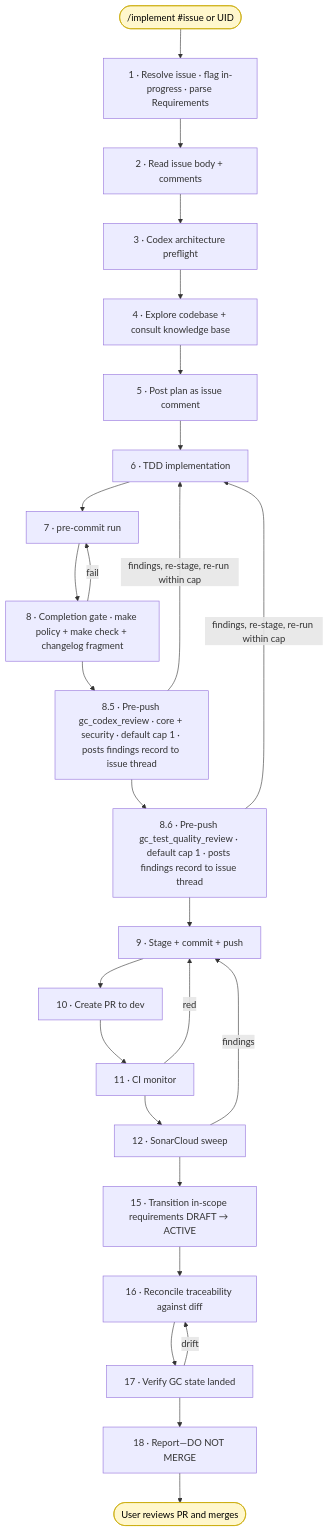
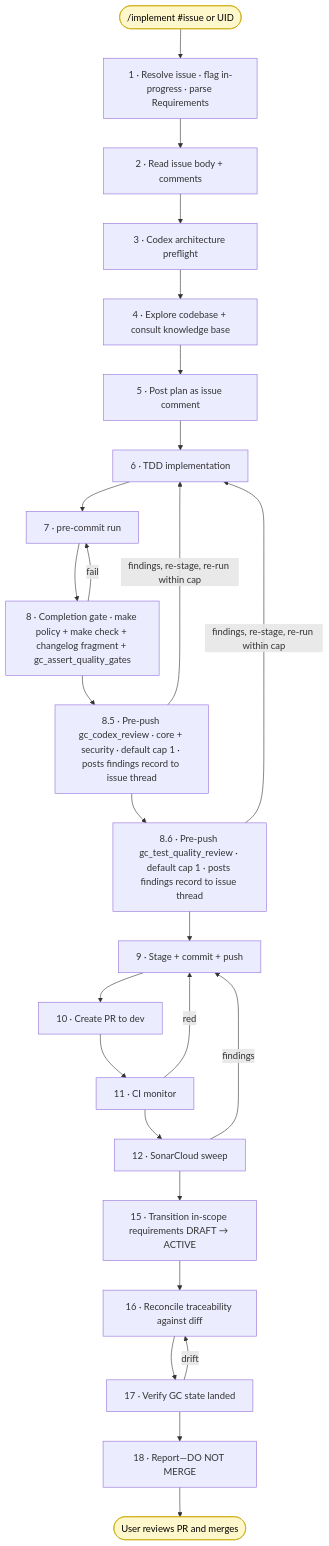
The diagram in docs/DEVELOPMENT_WORKFLOW.md (Brad-Edwards/Ground-Control), drawn with Mermaid before and after one commit. The commit also changed other lines of this file and 12 other files, not shown here.

````diff
--- a/docs/DEVELOPMENT_WORKFLOW.md
+++ b/docs/DEVELOPMENT_WORKFLOW.md
@@ -137,53 +137,53 @@
 ```mermaid
 flowchart TB
   Start([/implement #issue or UID])
   S1[1 · Resolve issue · flag in-progress · parse Requirements]
   S2[2 · Read issue body + comments]
   S3[3 · Codex architecture preflight]
   S4[4 · Explore codebase + consult knowledge base]
   S5[5 · Post plan as issue comment]
   S6[6 · TDD implementation]
   S7[7 · pre-commit run]
-  S8[8 · Completion gate · make policy + make check + changelog fragment]
+  S8[8 · Completion gate · make policy + make check + changelog fragment + gc_assert_quality_gates]
   S8b[8.5 · Pre-push gc_codex_review · core + security · default cap 1 · posts findings record to issue thread]
   S8c[8.6 · Pre-push gc_test_quality_review · default cap 1 · posts findings record to issue thread]
   S9[9 · Stage + commit + push]
   S10[10 · Create PR to dev]
   S11[11 · CI monitor]
   S12[12 · SonarCloud sweep]
   S15[15 · Transition in-scope requirements DRAFT → ACTIVE]
   S16[16 · Reconcile traceability against diff]
   S17[17 · Verify GC state landed]
   S18[18 · Report—DO NOT MERGE]
   End([User reviews PR and merges])
 
   Start --> S1
   S1 --> S2
   S2 --> S3
   S3 --> S4
   S4 --> S5
   S5 --> S6
   S6 --> S7
   S7 --> S8
   S8 --> S8b
   S8b --> S8c
   S8c --> S9
   S9 --> S10
   S10 --> S11
   S11 --> S12
   S12 --> S15
   S15 --> S16
   S16 --> S17
   S17 --> S18
   S18 --> End
 
   S8 -->|fail| S7
   S8b -->|findings, re-stage, re-run within cap| S6
   S8c -->|findings, re-stage, re-run within cap| S6
   S11 -->|red| S9
   S12 -->|findings| S9
   S17 -->|drift| S16
 
   classDef user fill:#fff7cc,stroke:#c9a900,color:#000
   class Start,End user
 ```
````
